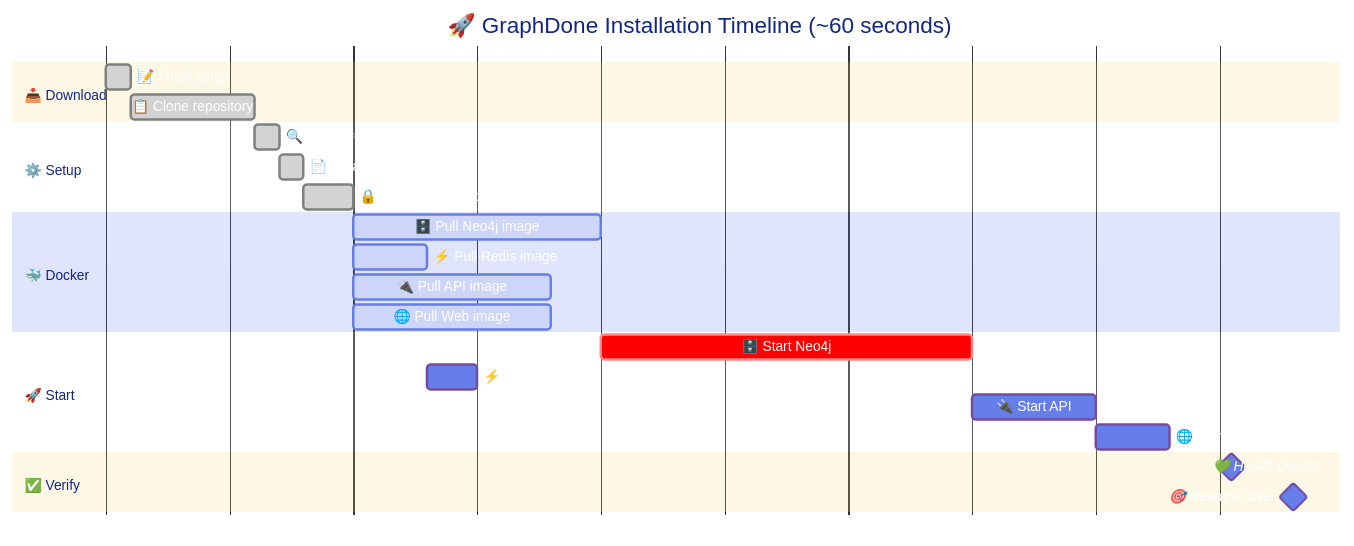
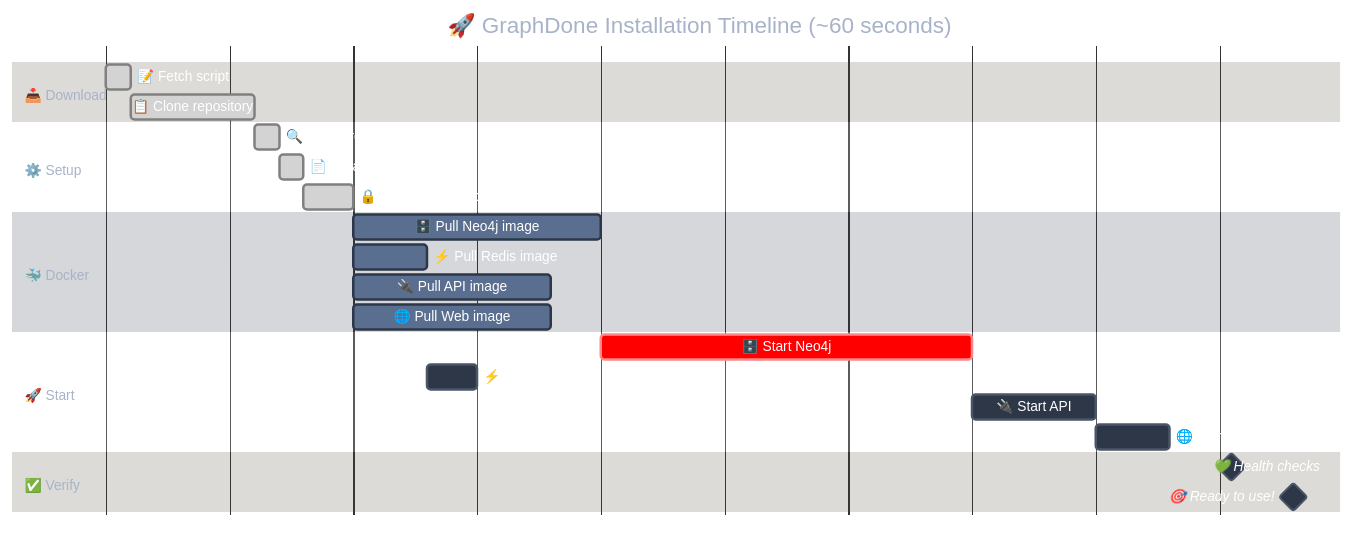
One commit to GraphDone/GraphDone-Core changed the sixth of 6 diagrams in docs/installation-flow.md. Above: the diagram before and after it, drawn with Mermaid. The commit also changed other lines of this file, not shown here.

First line of the commit message:
🎨 Fix diagram colors for better readability

````diff
--- a/docs/installation-flow.md
+++ b/docs/installation-flow.md
@@ -347,49 +352,53 @@
 ```mermaid
 %%{init: {
   'theme': 'base',
   'themeVariables': {
-    'primaryColor': '#667eea',
-    'primaryTextColor': '#ffffff',
-    'primaryBorderColor': '#764ba2',
-    'gridColor': '#f093fb',
-    'c0': '#667eea',
-    'c1': '#f093fb', 
-    'c2': '#f5576c',
-    'c3': '#4facfe',
-    'c4': '#00f2fe',
-    'cScale0': '#667eea',
-    'cScale1': '#f093fb',
-    'cScale2': '#f5576c'
+    'primaryColor': '#2D3748',
+    'primaryTextColor': '#FFFFFF',
+    'primaryBorderColor': '#4A5568',
+    'gridColor': '#718096',
+    'background': '#1A202C',
+    'altBackground': '#2D3748',
+    'c0': '#38A169',
+    'c1': '#3182CE', 
+    'c2': '#9F7AEA',
+    'c3': '#ED8936',
+    'c4': '#E53E3E',
+    'cScale0': '#38A169',
+    'cScale1': '#3182CE',
+    'cScale2': '#9F7AEA',
+    'cScale3': '#ED8936',
+    'cScale4': '#E53E3E'
   }
 }}%%
 
 gantt
     title 🚀 GraphDone Installation Timeline (~60 seconds)
     dateFormat ss
     axisFormat %Ss
     
     section 📥 Download
     📝 Fetch script           :done, fetch, 00, 1s
     📋 Clone repository       :done, clone, 01, 5s
     
     section ⚙️ Setup  
     🔍 Check requirements     :done, req, 06, 1s
     📄 Create .env           :done, env, 07, 1s
     🔒 Generate certificates  :done, cert, 08, 2s
     
     section 🐳 Docker
     🗄️ Pull Neo4j image      :active, neo4j, 10, 10s
     ⚡ Pull Redis image      :active, redis, 10, 3s
     🔌 Pull API image        :active, api, 10, 8s
     🌐 Pull Web image        :active, web, 10, 8s
     
     section 🚀 Start
     🗄️ Start Neo4j           :crit, startneo, 20, 15s
     ⚡ Start Redis           :startredis, 13, 2s
     🔌 Start API             :startapi, 35, 5s
     🌐 Start Web             :startweb, 40, 3s
     
     section ✅ Verify
     💚 Health checks         :milestone, 43, 5s
     🎯 Ready to use!         :milestone, 48, 0s
 ```
````
